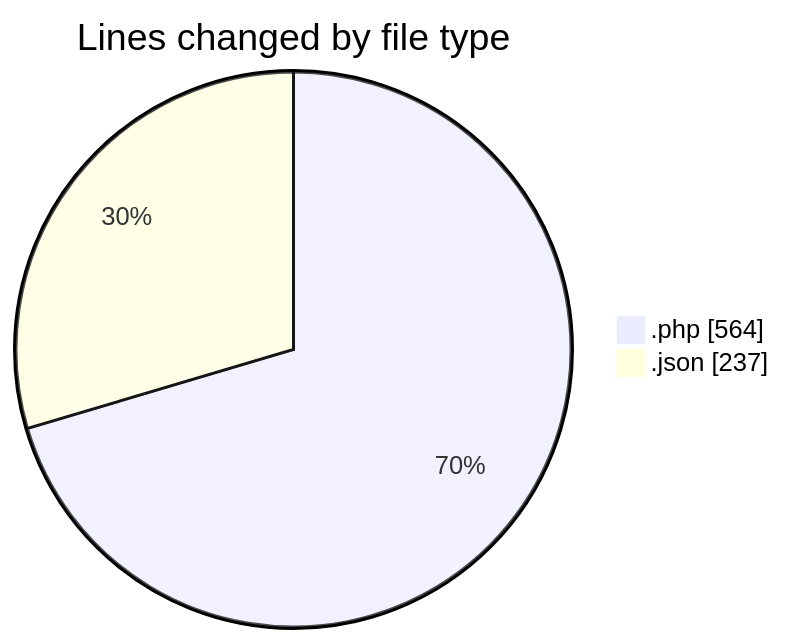
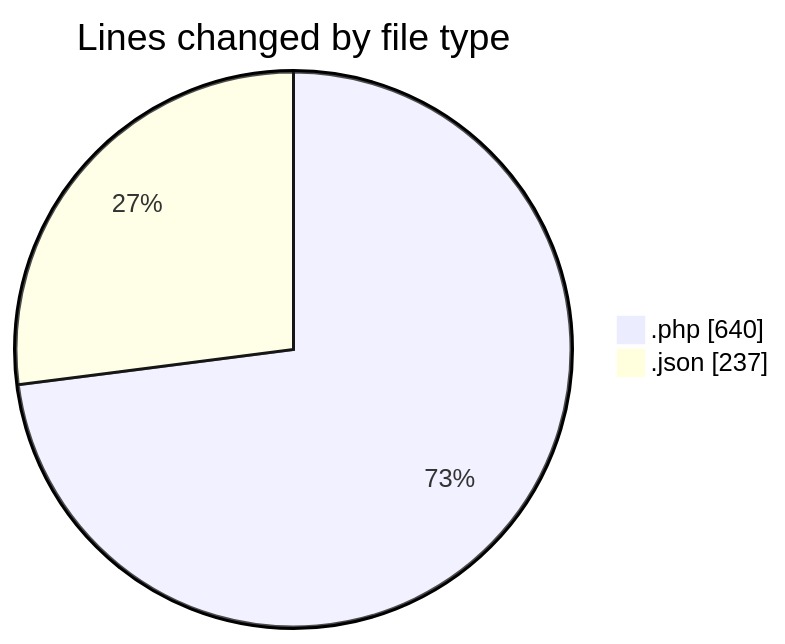
One commit to idhammustaqopulfikri/code-tracking changed the first of 2 diagrams in 2025-06-13/studio-backend/README.md. Above: the diagram before and after it, drawn with Mermaid. The commit also changed other lines of this file and 1 other file, not shown here.

````diff
--- a/2025-06-13/studio-backend/README.md
+++ b/2025-06-13/studio-backend/README.md
@@ -28,6 +28,6 @@
 ```mermaid
 pie showData
 title Lines changed by file type
-".php" : 564
+".php" : 640
 ".json" : 237
 ```
````
